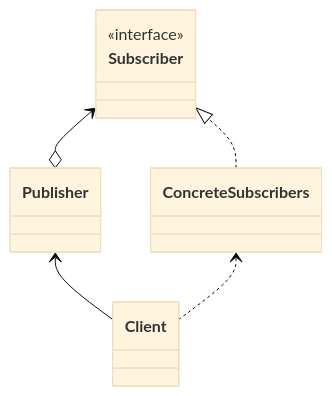
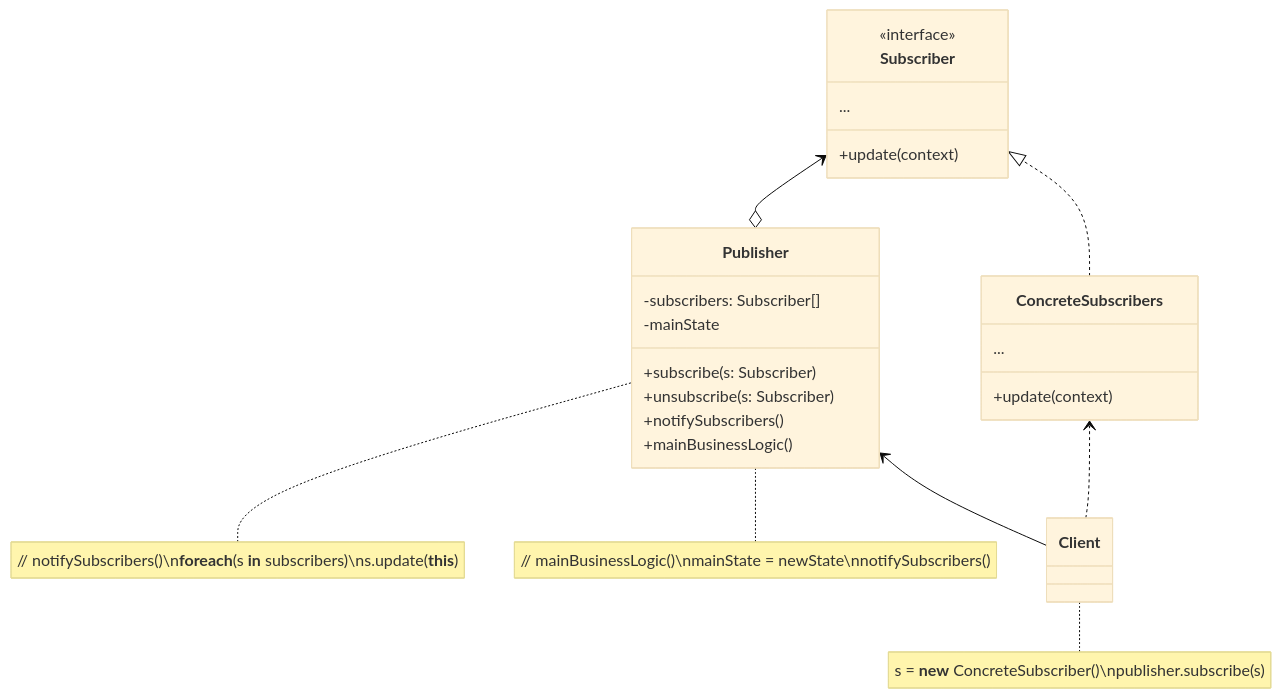
The seventh of 10 diagrams in docs/docs_03_designables_suppliment_01.md (corbeau217/cpp_opengl_vehicles), drawn with Mermaid (base theme) before and after one commit. The commit also changed other lines of this file and 1 other file, not shown here.

Commit message:
completed the design pattern uml diagrams

````diff
--- a/docs/docs_03_designables_suppliment_01.md
+++ b/docs/docs_03_designables_suppliment_01.md
@@ -344,16 +418,31 @@
 ```mermaid
 classDiagram
     direction BT
 
     class Client
-    class Publisher
+    note for Client "s = <b>new</b> ConcreteSubscriber()\npublisher.subscribe(s)"
+    class Publisher{
+        -subscribers: Subscriber[]
+        -mainState
+        +subscribe(s: Subscriber)
+        +unsubscribe(s: Subscriber)
+        +notifySubscribers()
+        +mainBusinessLogic()
+    }
+    note for Publisher "// notifySubscribers()\n<b>foreach</b>(s <b>in</b> subscribers)\ns.update(<b>this</b>)"
+    note for Publisher "// mainBusinessLogic()\nmainState = newState\nnotifySubscribers()"
     class Subscriber{
         <<interface>>
+        ...
+        +update(context)
     }
-    class ConcreteSubscribers
+    class ConcreteSubscribers{
+        ...
+        +update(context)
+    }
 
     Client --> Publisher
     Client ..> ConcreteSubscribers
     Publisher o--> Subscriber
     ConcreteSubscribers ..|> Subscriber
 ```
````
